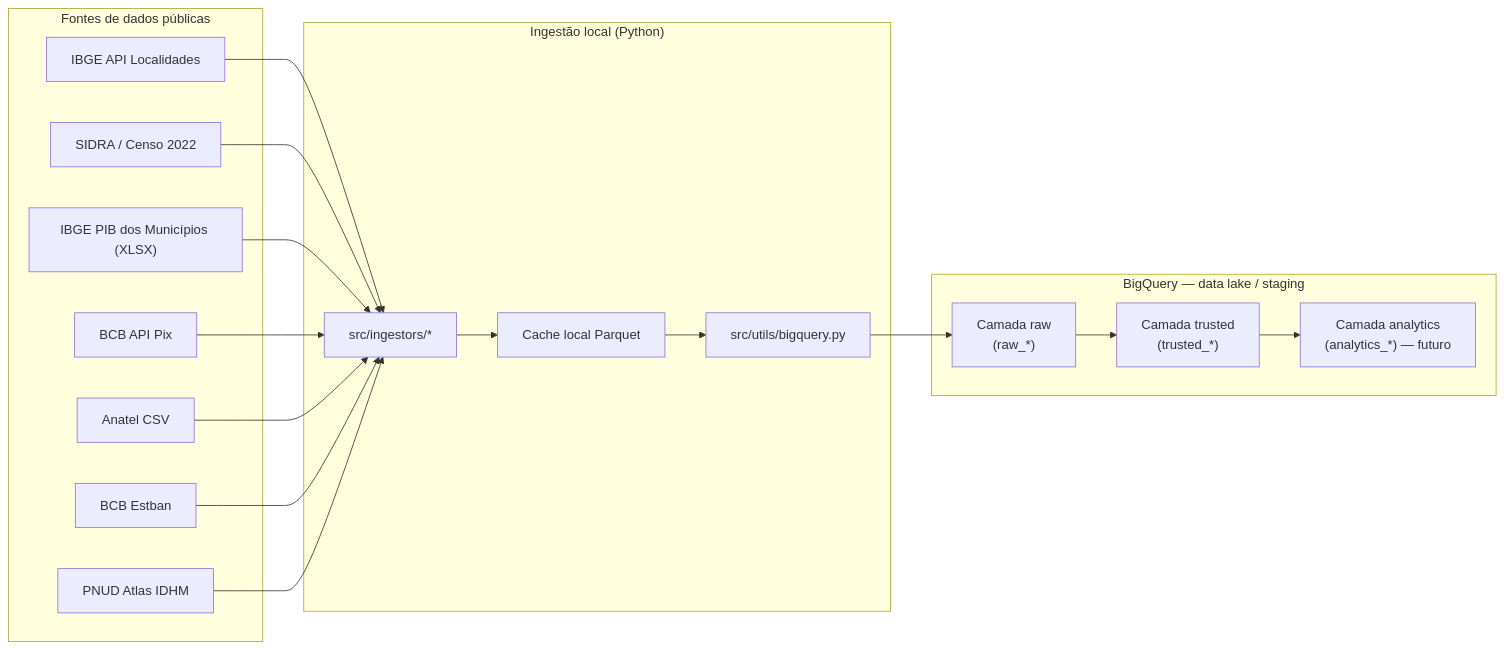
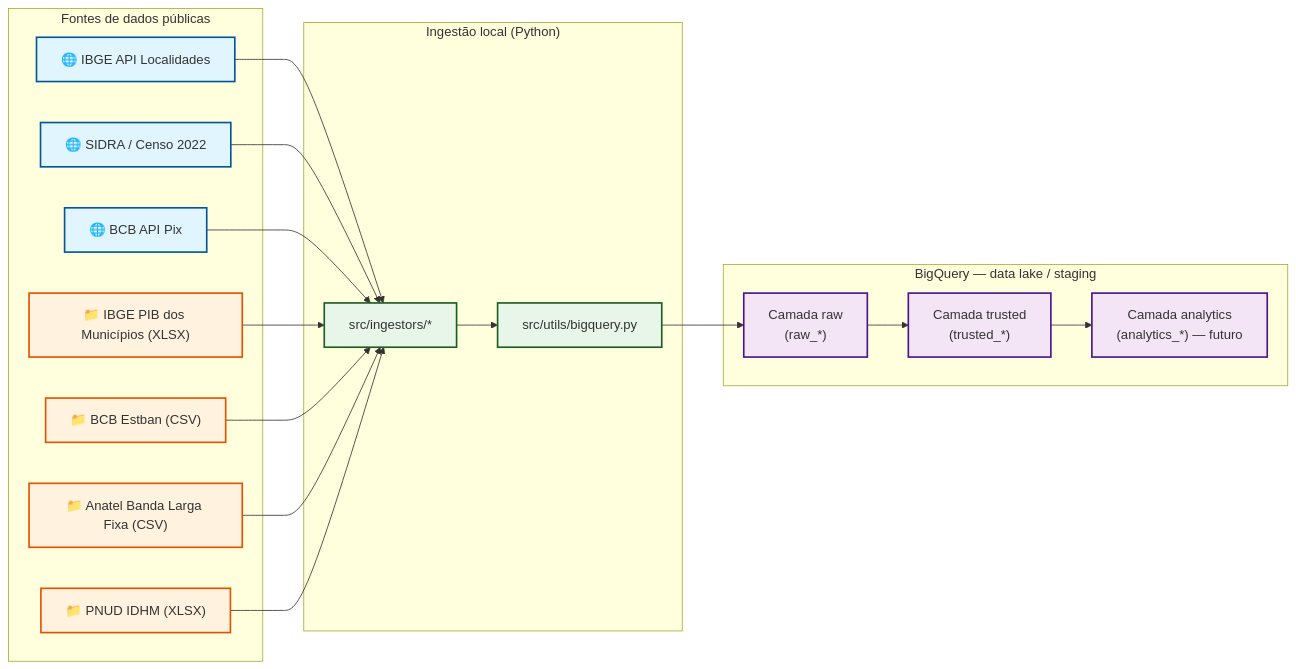
Before and after one commit to LucioFrCruz/heluvina_projeto_final_202602: the first of 4 diagrams in docs/Arquitetura_Tecnica.md, drawn with Mermaid. The commit also changed other lines of this file and 3 other files, not shown here.

Commit message:
docs: revisa arquitetura sem cache parquet, distingue api vs manual e ajusta banda larga fixa

````diff
--- a/docs/Arquitetura_Tecnica.md
+++ b/docs/Arquitetura_Tecnica.md
@@ -45,38 +50,41 @@
 ```mermaid
 flowchart LR
+    classDef api fill:#e1f5fe,stroke:#01579b,stroke-width:2px
+    classDef manual fill:#fff3e0,stroke:#e65100,stroke-width:2px
+    classDef script fill:#e8f5e9,stroke:#1b5e20,stroke-width:2px
+    classDef bq fill:#f3e5f5,stroke:#4a148c,stroke-width:2px
+
     subgraph Fontes["Fontes de dados públicas"]
-        F1["IBGE API Localidades"]
-        F2["SIDRA / Censo 2022"]
-        F3["IBGE PIB dos Municípios (XLSX)"]
-        F4["BCB API Pix"]
-        F5["Anatel CSV"]
-        F6["BCB Estban"]
-        F7["PNUD Atlas IDHM"]
+        F1["🌐 IBGE API Localidades"]:::api
+        F2["🌐 SIDRA / Censo 2022"]:::api
+        F3["🌐 BCB API Pix"]:::api
+        F4["📁 IBGE PIB dos Municípios (XLSX)"]:::manual
+        F5["📁 BCB Estban (CSV)"]:::manual
+        F6["📁 Anatel Banda Larga Fixa (CSV)"]:::manual
+        F7["📁 PNUD IDHM (XLSX)"]:::manual
     end
 
     subgraph Ingestao["Ingestão local (Python)"]
-        I1["src/ingestors/*"]
-        I2["Cache local Parquet"]
-        I3["src/utils/bigquery.py"]
+        I1["src/ingestors/*"]:::script
+        I2["src/utils/bigquery.py"]:::script
     end
 
     subgraph BigQuery["BigQuery — data lake / staging"]
-        R["Camada raw\n(raw_*)"]
-        T["Camada trusted\n(trusted_*)"]
-        A["Camada analytics\n(analytics_*) — futuro"]
+        R["Camada raw\n(raw_*)"]:::bq
+        T["Camada trusted\n(trusted_*)"]:::bq
+        A["Camada analytics\n(analytics_*) — futuro"]:::bq
     end
 
     F1 --> I1
     F2 --> I1
     F3 --> I1
     F4 --> I1
     F5 --> I1
     F6 --> I1
     F7 --> I1
 
     I1 --> I2
-    I2 --> I3
-    I3 --> R
+    I2 --> R
     R --> T
     T --> A
 ```
````
